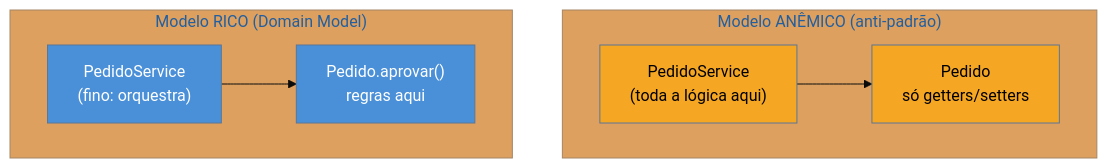
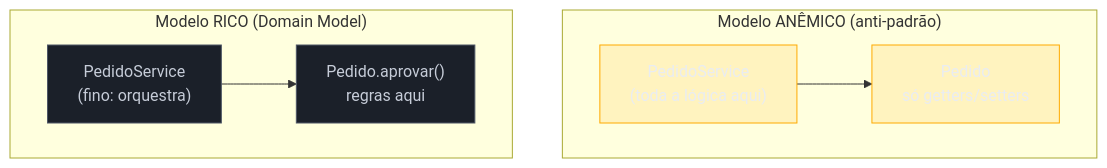
One commit to josenaldo/codex-technomanticus changed the diagram in 03-Dominios/Engenharia/Design de Software/Padrões de Projeto/Acesso a Dados/03 - Domain Model.md. Above: the diagram before and after it, drawn with Mermaid. The commit also changed 1181 other files, not shown here.

First line of the commit message:
fix(diagramas): paleta do sistema no lugar de cor cravada no markdown

````diff
--- a/03-Dominios/Engenharia/Design de Software/Padrões de Projeto/Acesso a Dados/03 - Domain Model.md
+++ b/03-Dominios/Engenharia/Design de Software/Padrões de Projeto/Acesso a Dados/03 - Domain Model.md
@@ -37,15 +37,16 @@
 ```mermaid
-%%{init: {"theme": "base", "themeVariables": {"primaryColor": "#4A90D9"}}}%%
 graph TD
+    classDef destaque fill:#FFAA0024,stroke:#FFAA00,color:#E9ECF2
+    classDef neutro fill:#1B2029,stroke:#4E5666,color:#C6CCD8
     subgraph anemico["Modelo ANÊMICO (anti-padrão)"]
         SA["PedidoService<br/>(toda a lógica aqui)"] --> PA["Pedido<br/>só getters/setters"]
     end
     subgraph rico["Modelo RICO (Domain Model)"]
         SR["PedidoService<br/>(fino: orquestra)"] --> PR["Pedido.aprovar()<br/>regras aqui"]
     end
 
-    style PA fill:#F5A623,color:#000
-    style SA fill:#F5A623,color:#000
-    style PR fill:#4A90D9,color:#fff
-    style SR fill:#4A90D9,color:#fff
+    class PA destaque
+    class SA destaque
+    class PR neutro
+    class SR neutro
 ```
````
